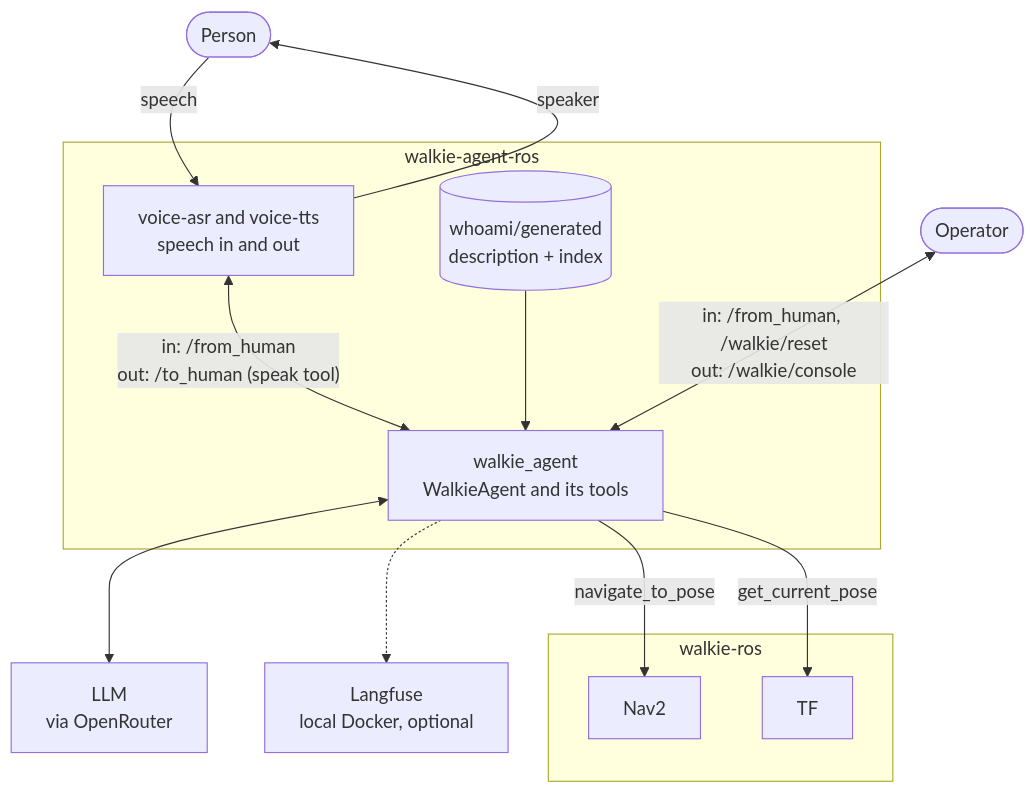
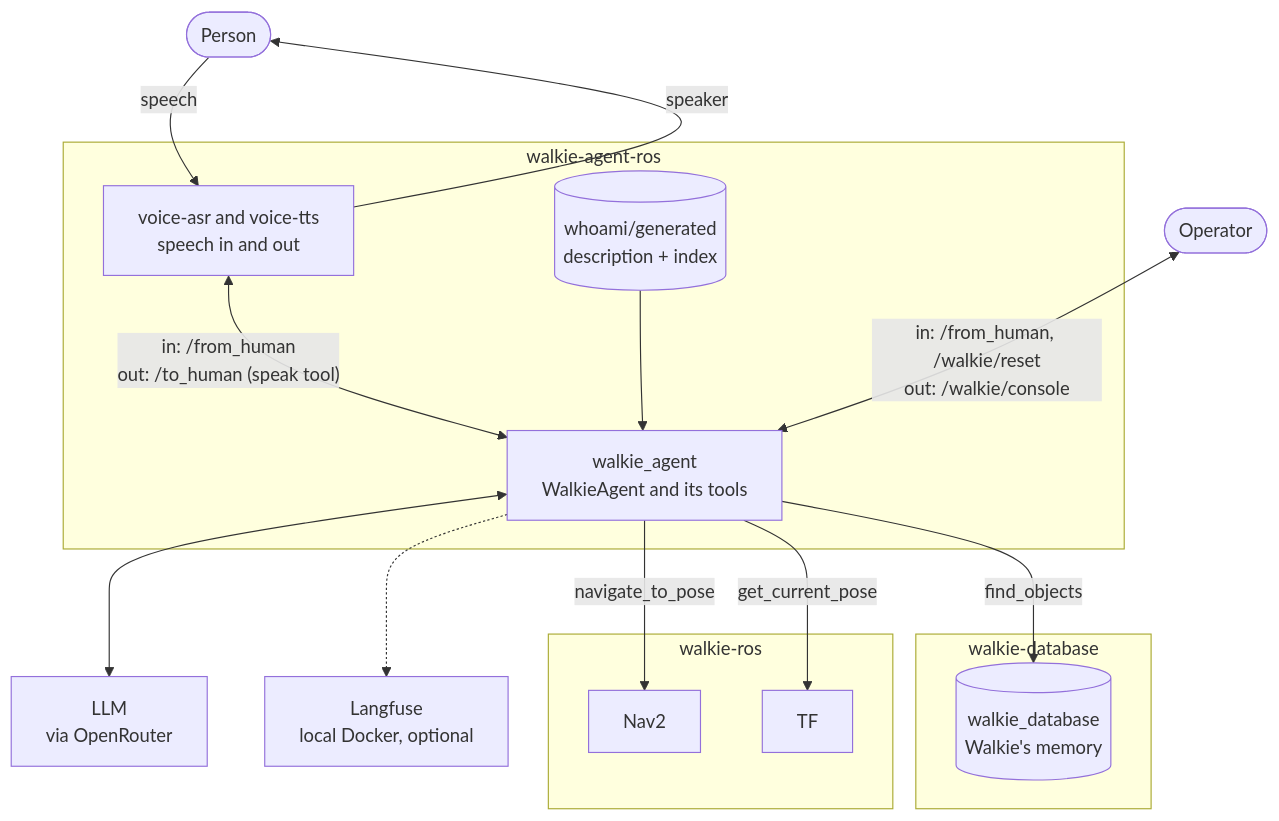
The first of 3 diagrams in docs/architecture/agent.md (EIC-Robocup-2026/walkie-agent-ros), drawn with Mermaid before and after one commit. The commit also changed other lines of this file and 17 other files, not shown here.

````diff
--- a/docs/architecture/agent.md
+++ b/docs/architecture/agent.md
@@ -40,29 +44,34 @@
 ```mermaid
 flowchart TB
   person([Person])
   operator([Operator])
 
   subgraph agent_repo["walkie-agent-ros"]
     voice["voice-asr and voice-tts<br/>speech in and out"]
     agent["walkie_agent<br/>WalkieAgent and its tools"]
     whoami[("whoami/generated<br/>description + index")]
   end
 
   llm["LLM<br/>via OpenRouter"]
   langfuse["Langfuse<br/>local Docker, optional"]
 
   subgraph robot["walkie-ros"]
     nav2["Nav2"]
     tf["TF"]
   end
 
+  subgraph memory["walkie-database"]
+    db[("walkie_database<br/>Walkie's memory")]
+  end
+
   person -- speech --> voice
   voice -- speaker --> person
   voice <-- "in: /from_human<br/>out: /to_human (speak tool)" --> agent
   operator <-- "in: /from_human, /walkie/reset<br/>out: /walkie/console" --> agent
   whoami --> agent
   agent <--> llm
   agent -.-> langfuse
   agent -- "navigate_to_pose" --> nav2
   agent -- "get_current_pose" --> tf
+  agent -- "find_objects" --> db
 ```
````
